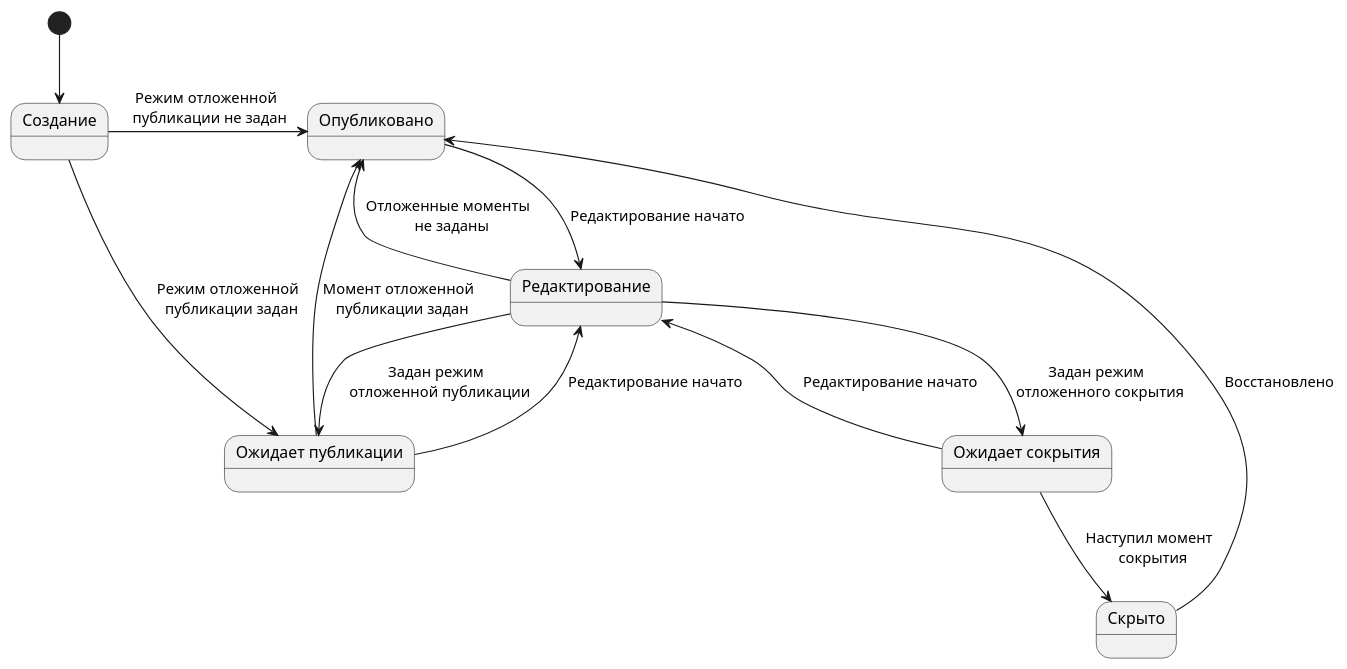
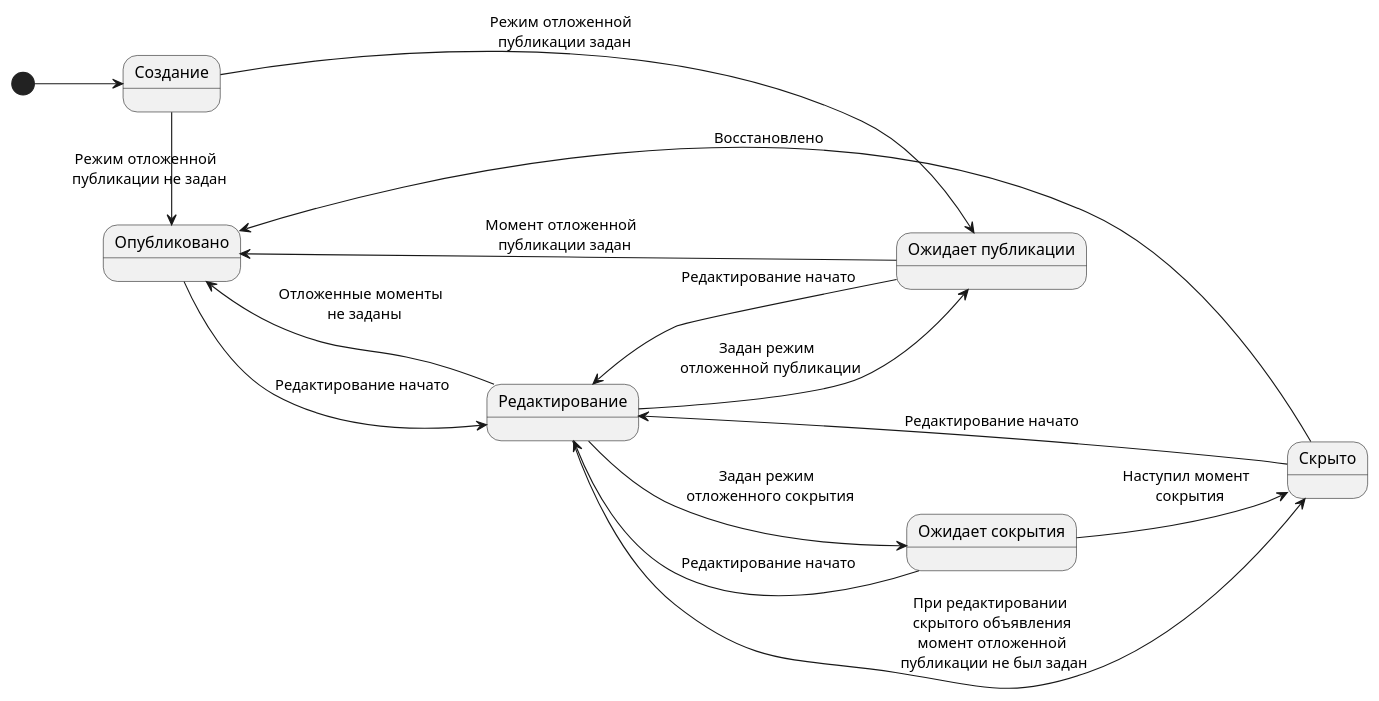
The diagram in doc/диаграммы/состояния/состояния-объявления.puml (astu-app/ASTU-Bulletin-Board-Server), drawn with PlantUML before and after one commit. The commit also changed 7 other files, not shown here.

Commit message:
переработал диаграммы

```diff
--- a/doc/диаграммы/состояния/состояния-объявления.puml
+++ b/doc/диаграммы/состояния/состояния-объявления.puml
@@ -1,34 +1,38 @@
 @startuml
 'https://plantuml.com/state-diagram
+
+left to right direction
 
 'scale 350 width
 'skinparam linetype ortho
 
 state creation as "Создание"
 state publicationPending as "Ожидает публикации"
 state published as "Опубликовано"
 
 state editing as "Редактирование"
 
 state hidingPending as "Ожидает сокрытия"
 state hidden as "Скрыто"
 
 [*] --> creation
 
 creation -> published : Режим отложенной \n публикации не задан
 
 creation --> publicationPending : Режим отложенной \n публикации задан
 publicationPending --> published : Момент отложенной \n публикации задан
 
 published --> editing : Редактирование начато
 publicationPending --> editing : Редактирование начато
 hidingPending --> editing : Редактирование начато
 editing --> published : Отложенные моменты \n не заданы
 editing --> hidingPending : Задан режим \n отложенного сокрытия
 editing --> publicationPending : Задан режим \n отложенной публикации
+editing --> hidden : При редактировании \n скрытого объявления \n момент отложенной \n публикации не был задан
 
 hidingPending --> hidden : Наступил момент \n сокрытия
 
 hidden --> published : Восстановлено
+hidden --> editing : Редактирование начато
 
 @enduml
```
